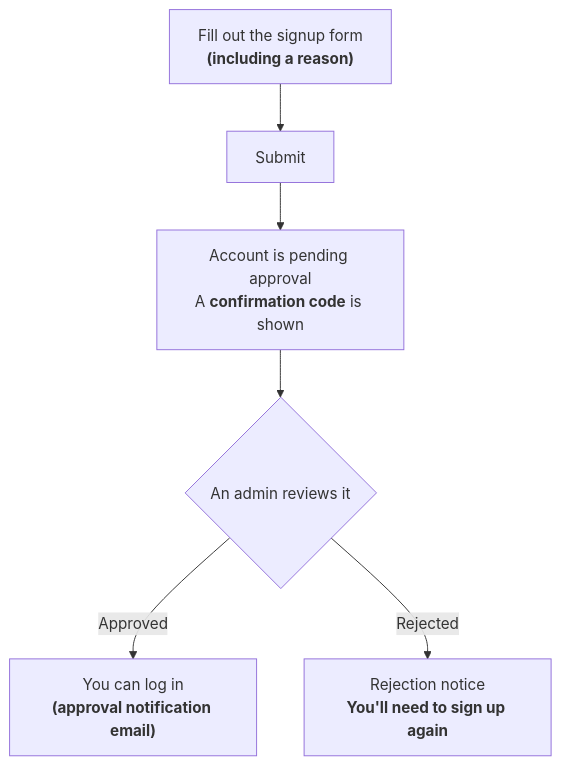
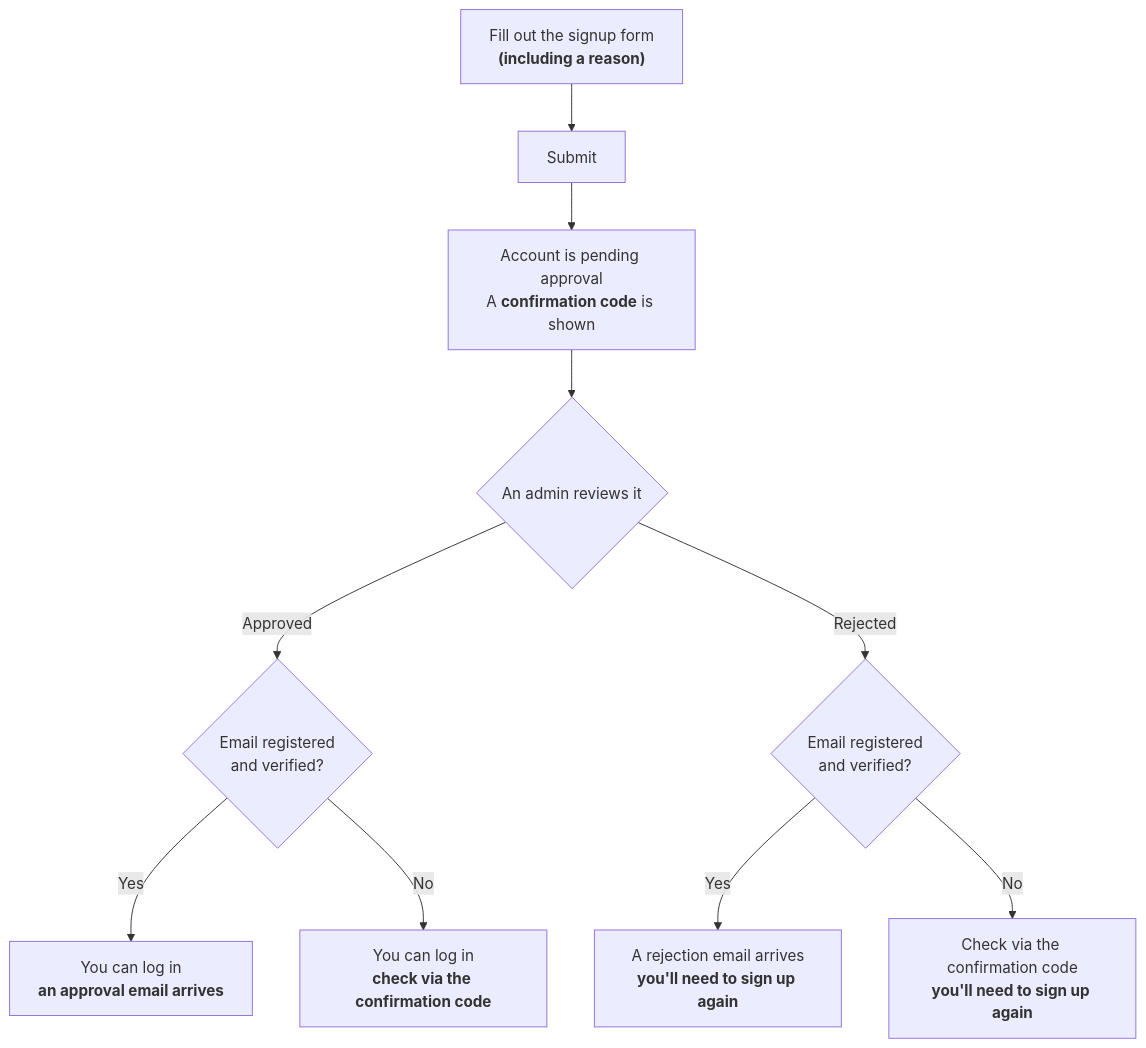
The diagram in docs/en/juice/approval-signup.md (Zel9278/docs.mk-juice.dev), drawn with Mermaid before and after one commit. The commit also changed other lines of this file and 4 other files, not shown here.

````diff
--- a/docs/en/juice/approval-signup.md
+++ b/docs/en/juice/approval-signup.md
@@ -7,8 +7,12 @@
 ```mermaid
 flowchart TD
     A["`Fill out the signup form<br/>**(including a reason)**`"] --> B[Submit]
     B --> C["`Account is pending approval<br/>A **confirmation code** is shown`"]
     C --> D{An admin reviews it}
-    D -->|Approved| E["`You can log in<br/>**(approval notification email)**`"]
-    D -->|Rejected| F["`Rejection notice<br/>**You'll need to sign up again**`"]
+    D -->|Approved| E{Email registered<br/>and verified?}
+    E -->|Yes| E1["`You can log in<br/>**an approval email arrives**`"]
+    E -->|No| E2["`You can log in<br/>**check via the confirmation code**`"]
+    D -->|Rejected| F{Email registered<br/>and verified?}
+    F -->|Yes| F1["`A rejection email arrives<br/>**you'll need to sign up again**`"]
+    F -->|No| F2["`Check via the confirmation code<br/>**you'll need to sign up again**`"]
 ```
````
